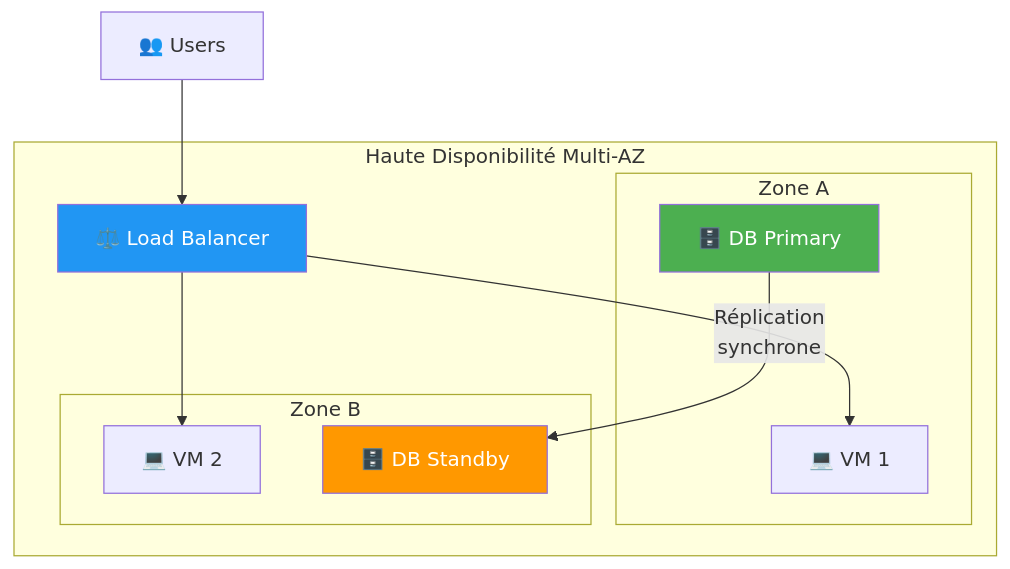
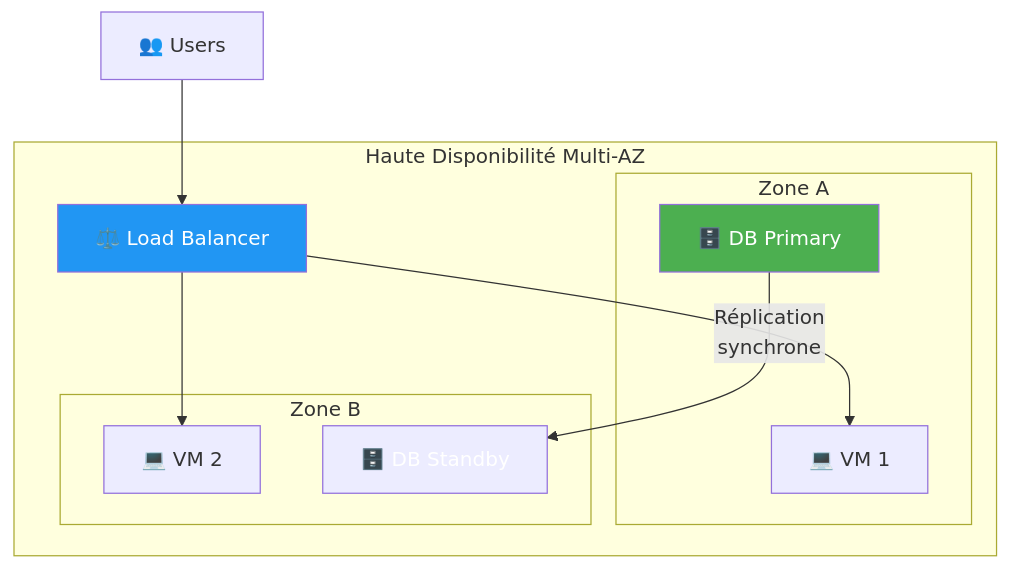
Before and after one commit to VBlackJack/ShellBook: the second of 9 diagrams in docs/formations/cloud-fundamentals/03-module.md, drawn with Mermaid. The commit also changed other lines of this file and 337 other files, not shown here.

First line of the commit message:
refactor(docs): Standardize code blocks and Mermaid colors

````diff
--- a/docs/formations/cloud-fundamentals/03-module.md
+++ b/docs/formations/cloud-fundamentals/03-module.md
@@ -71,25 +71,25 @@
 ```mermaid
 graph TB
     subgraph "Haute Disponibilité Multi-AZ"
         LB["⚖️ Load Balancer"]
 
         subgraph "Zone A"
             VM1["💻 VM 1"]
             DB1["🗄️ DB Primary"]
         end
 
         subgraph "Zone B"
             VM2["💻 VM 2"]
             DB2["🗄️ DB Standby"]
         end
     end
 
     USER["👥 Users"] --> LB
     LB --> VM1
     LB --> VM2
     DB1 -->|"Réplication<br/>synchrone"| DB2
 
     style LB fill:#2196f3,color:#fff
     style DB1 fill:#4caf50,color:#fff
-    style DB2 fill:#ff9800,color:#fff
+    style DB2 fill:#FF9800800800,color:#fff
 ```
````
